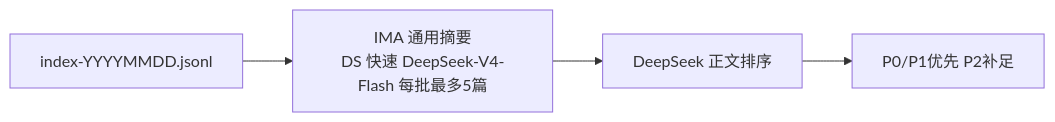
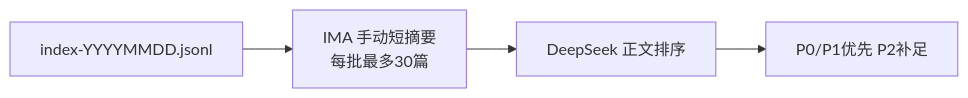
One commit to CheukYuen/investment-research-reports changed the diagram in README.md. Above: the diagram before and after it, drawn with Mermaid. The commit also changed other lines of this file and 10 other files, not shown here.

Commit message:
sync: complete IMA reports for 2026-09-12, implementing manual summary prompts, adjusting batch sizes, and disabling auto-download and git commit features

````diff
--- a/README.md
+++ b/README.md
@@ -45,6 +53,6 @@
 ```mermaid
 flowchart LR
-  indexJsonl["index-YYYYMMDD.jsonl"] --> imaSummary["IMA 通用摘要<br/>DS 快速 DeepSeek-V4-Flash 每批最多5篇"]
+  indexJsonl["index-YYYYMMDD.jsonl"] --> imaSummary["IMA 手动短摘要<br/>每批最多30篇"]
   imaSummary --> summaryRank["DeepSeek 正文排序"]
   summaryRank --> queue["P0/P1优先 P2补足"]
 ```
````
